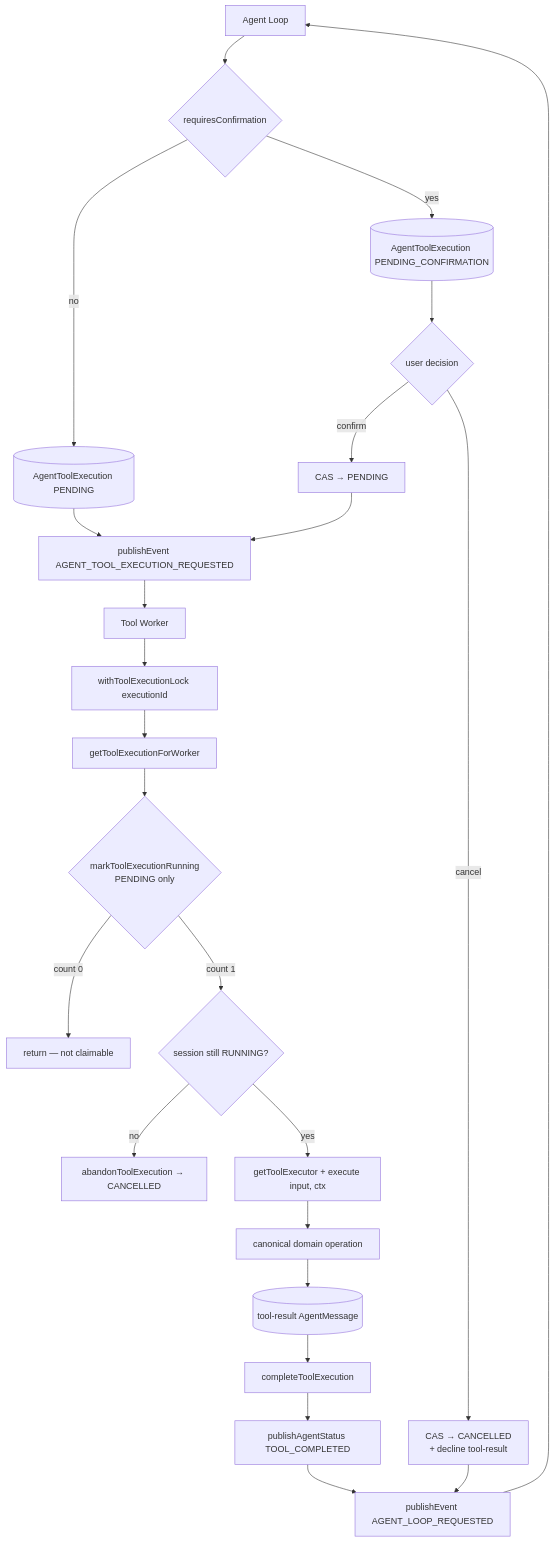
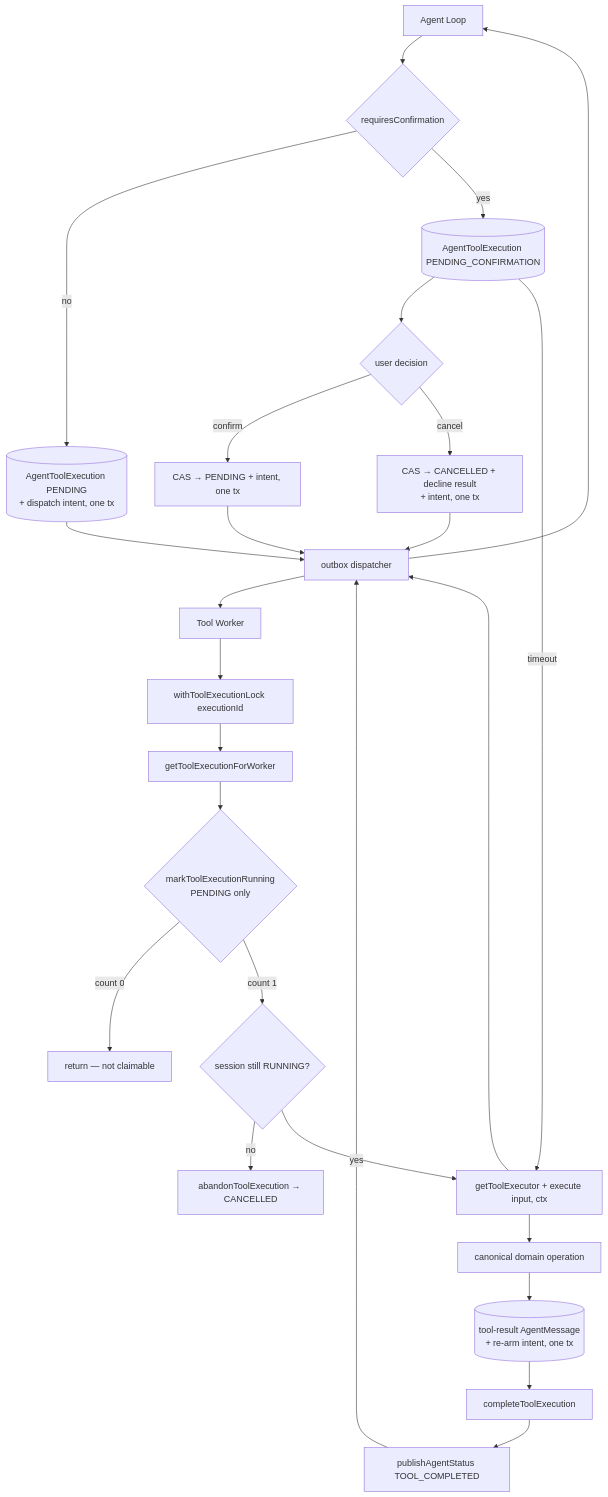
One commit to Mayur11code/Forge changed the fourth of 7 diagrams in forge/docs/architecture/agent/runtime.md. Above: the diagram before and after it, drawn with Mermaid. The commit also changed other lines of this file and 1 other file, not shown here.

First line of the commit message:
docs(agent): document the outbox, approval expiry and recovery gaps

````diff
--- a/forge/docs/architecture/agent/runtime.md
+++ b/forge/docs/architecture/agent/runtime.md
@@ -216,26 +226,28 @@
 ```mermaid
 flowchart TD
     L[Agent Loop] --> RO{requiresConfirmation}
-    RO -->|no| TE[(AgentToolExecution PENDING)]
+    RO -->|no| TE[(AgentToolExecution PENDING<br/>+ dispatch intent, one tx)]
     RO -->|yes| PF[(AgentToolExecution PENDING_CONFIRMATION)]
     PF --> UC{user decision}
-    UC -->|confirm| CF[CAS → PENDING]
-    UC -->|cancel| CC[CAS → CANCELLED<br/>+ decline tool-result]
-    TE --> EV[publishEvent AGENT_TOOL_EXECUTION_REQUESTED]
-    CF --> EV
-    EV --> TW[Tool Worker]
+    UC -->|confirm| CF[CAS → PENDING + intent, one tx]
+    UC -->|cancel| CC[CAS → CANCELLED + decline result<br/>+ intent, one tx]
+    PF -->|timeout| EX[CAS → EXPIRED + timeout result<br/>+ intent, one tx]
+    TE --> D[outbox dispatcher]
+    CF --> D
+    D --> TW[Tool Worker]
     TW --> TL[withToolExecutionLock executionId]
     TL --> LD[getToolExecutionForWorker]
     LD --> CAS{markToolExecutionRunning<br/>PENDING only}
     CAS -->|count 0| S1[return — not claimable]
     CAS -->|count 1| LIVE{session still RUNNING?}
     LIVE -->|no| AB[abandonToolExecution → CANCELLED]
     LIVE -->|yes| EX[getToolExecutor + execute input, ctx]
     EX --> DOM[canonical domain operation]
-    DOM --> MSG[(tool-result AgentMessage)]
+    DOM --> MSG[(tool-result AgentMessage<br/>+ re-arm intent, one tx)]
     MSG --> DONE[completeToolExecution]
     DONE --> EV2[publishAgentStatus TOOL_COMPLETED]
-    EV2 --> REARM[publishEvent AGENT_LOOP_REQUESTED]
-    REARM --> L
-    CC --> REARM
+    EV2 --> D
+    D --> L
+    CC --> D
+    EX --> D
 ```
````
